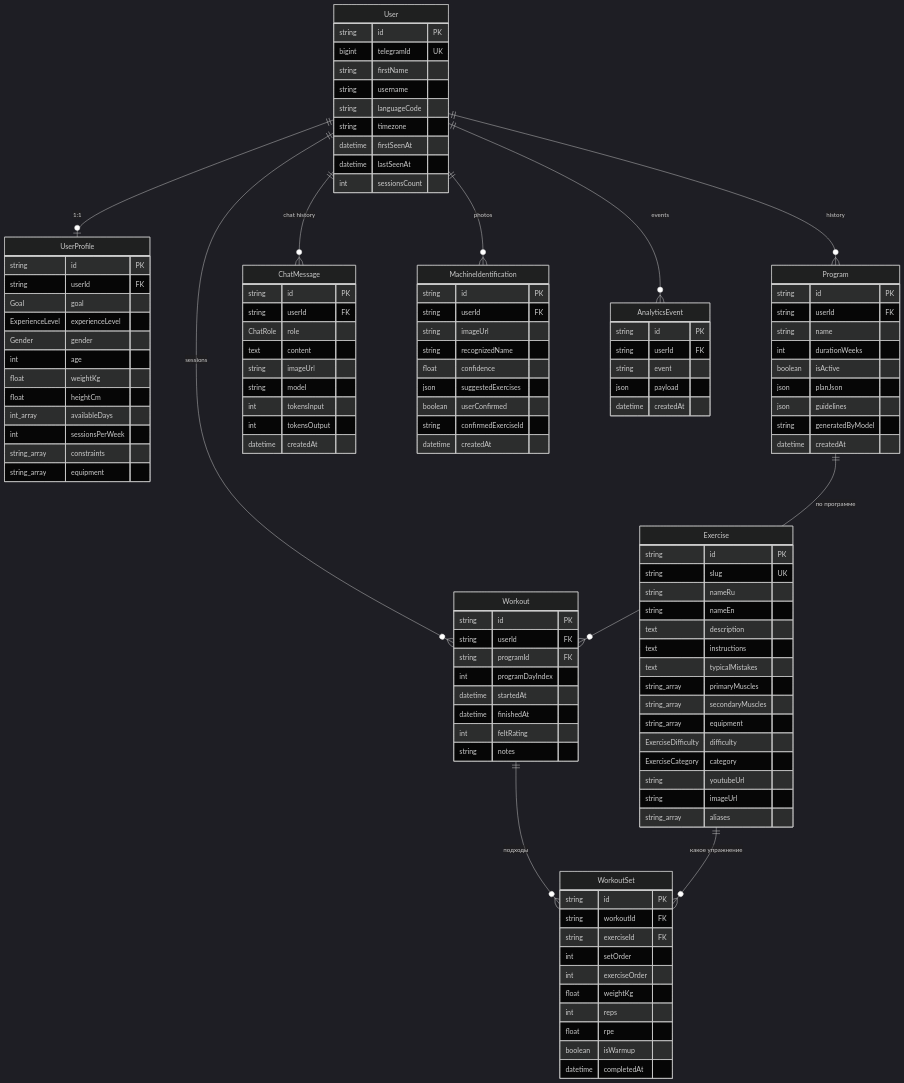
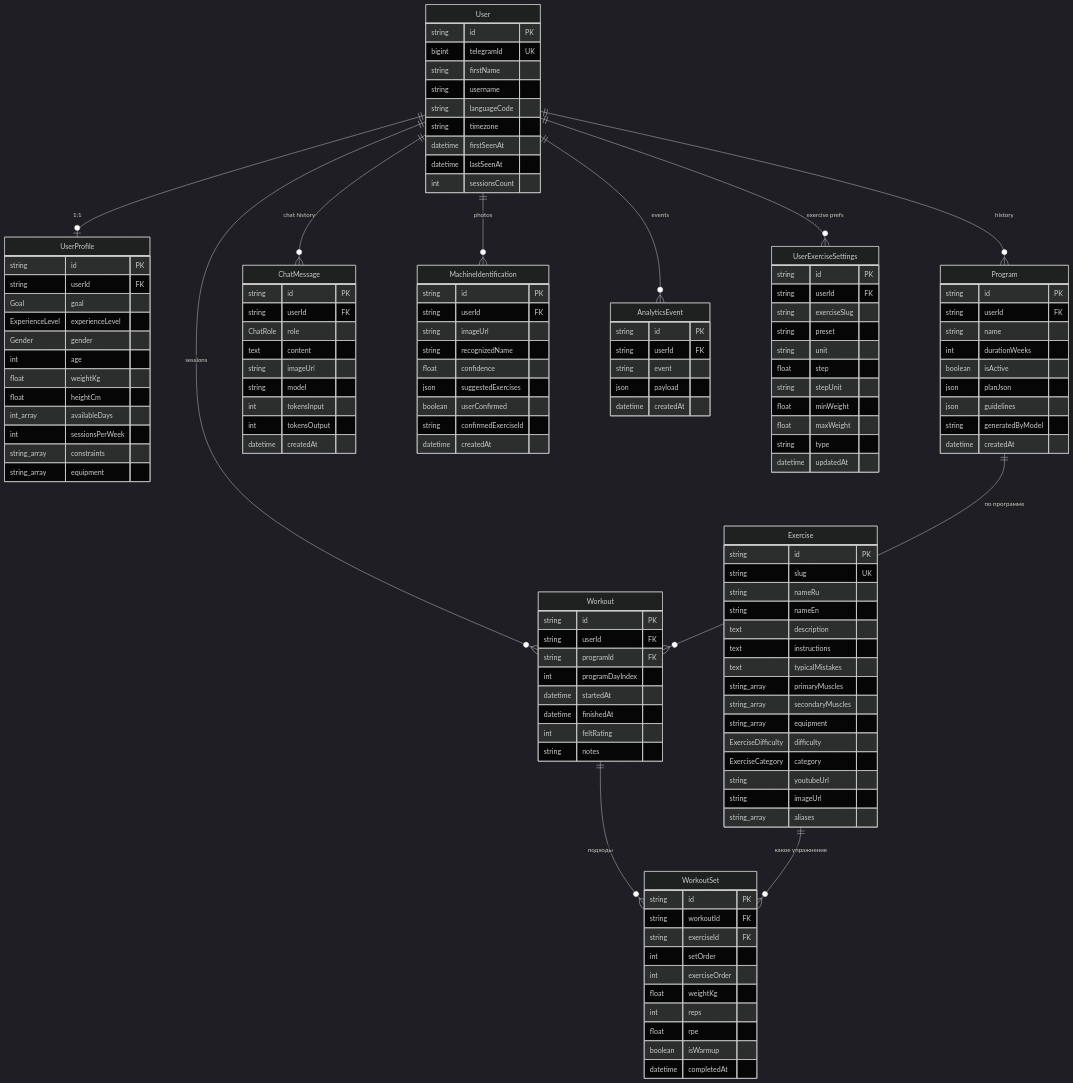
The second of 2 diagrams in product/ARCHITECTURE.md (vvopeshko/ai-trainer), drawn with Mermaid (dark theme) before and after one commit. The commit also changed other lines of this file and 4 other files, not shown here.

First line of the commit message:
docs: update project docs with exercise settings backend persistence

````diff
--- a/product/ARCHITECTURE.md
+++ b/product/ARCHITECTURE.md
@@ -264,6 +271,7 @@
     User ||--o{ ChatMessage : "chat history"
     User ||--o{ MachineIdentification : "photos"
     User ||--o{ AnalyticsEvent : "events"
+    User ||--o{ UserExerciseSettings : "exercise prefs"
 
     Program ||--o{ Workout : "по программе"
     Workout ||--o{ WorkoutSet : "подходы"
@@ -381,4 +389,18 @@
         json payload
         datetime createdAt
     }
+
+    UserExerciseSettings {
+        string id PK
+        string userId FK
+        string exerciseSlug
+        string preset
+        string unit
+        float step
+        string stepUnit
+        float minWeight
+        float maxWeight
+        string type
+        datetime updatedAt
+    }
 ```
````
